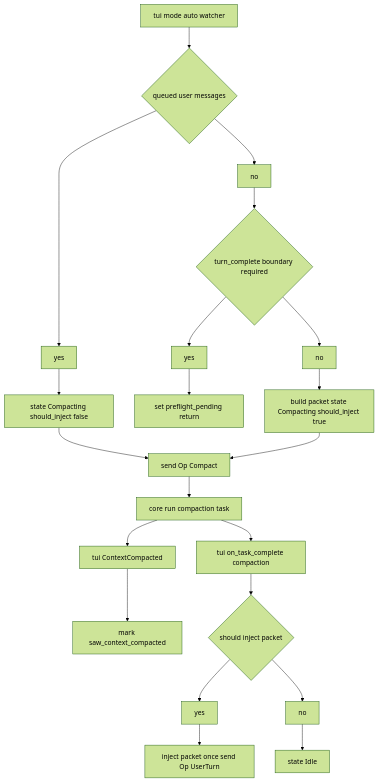
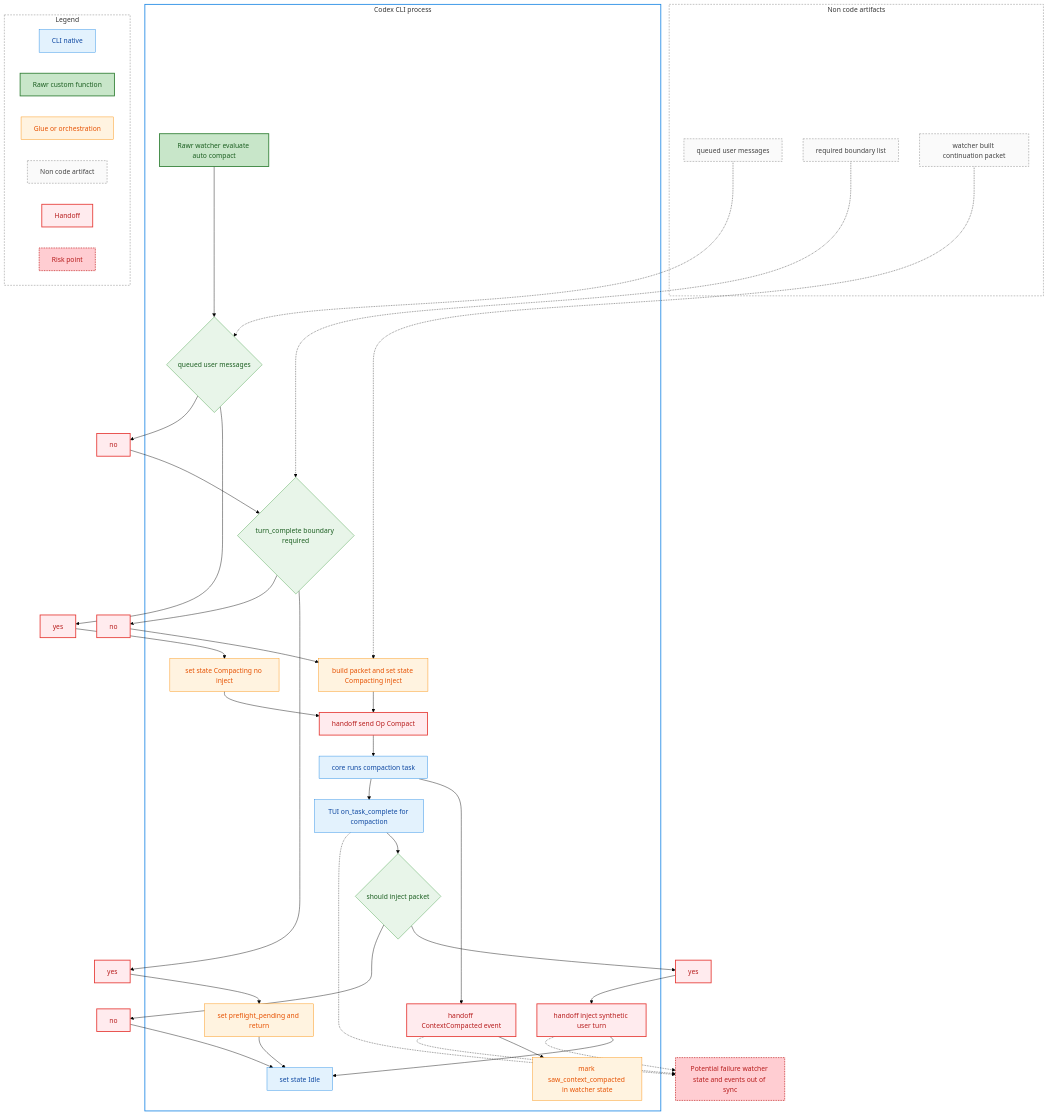
The fifth of 9 diagrams in rawr/issues/ISSUE-auto-compaction-handoff-workflow.md (rawr-ai/codex), drawn with Mermaid (forest theme) before and after one commit. The commit also changed other lines of this file, not shown here.

Commit message:
docs(rawr): annotate workflows with responsibilities

````diff
--- a/rawr/issues/ISSUE-auto-compaction-handoff-workflow.md
+++ b/rawr/issues/ISSUE-auto-compaction-handoff-workflow.md
@@ -221,23 +451,82 @@
 ```mermaid
 graph TD
-  A[tui mode auto watcher] --> B{queued user messages}
-  B --> B_yes[yes]
-  B_yes --> C[state Compacting should_inject false]
-  C --> D[send Op Compact]
-  B --> B_no[no]
-  B_no --> E{turn_complete boundary required}
-  E --> E_yes[yes]
-  E_yes --> F[set preflight_pending return]
-  E --> E_no[no]
-  E_no --> G[build packet state Compacting should_inject true]
-  G --> D
-  D --> H[core run compaction task]
-  H --> I[tui ContextCompacted]
-  I --> J[mark saw_context_compacted]
-  H --> K[tui on_task_complete compaction]
-  K --> L{should inject packet}
-  L --> L_yes[yes]
-  L_yes --> M[inject packet once send Op UserTurn]
-  L --> L_no[no]
-  L_no --> N[state Idle]
+  subgraph ART[Non code artifacts]
+    Q1[queued user messages]
+    CFG4[required boundary list]
+    PKT1[watcher built continuation packet]
+  end
+
+  subgraph CLI[Codex CLI process]
+    T1[Rawr watcher evaluate auto compact]
+    B{queued user messages}
+    S1[set state Compacting no inject]
+    E{turn_complete boundary required}
+    P1[set preflight_pending and return]
+    G[build packet and set state Compacting inject]
+    H1[handoff send Op Compact]
+
+    C1[core runs compaction task]
+    H2[handoff ContextCompacted event]
+    J[mark saw_context_compacted in watcher state]
+    K[TUI on_task_complete for compaction]
+    L{should inject packet}
+    H3[handoff inject synthetic user turn]
+    N[set state Idle]
+  end
+
+  Q1 -.-> B
+  CFG4 -.-> E
+  PKT1 -.-> G
+
+  T1 --> B
+  B --> B_yes[yes] --> S1 --> H1
+  B --> B_no[no] --> E
+  E --> E_yes[yes] --> P1 --> N
+  E --> E_no[no] --> G --> H1
+
+  H1 --> C1 --> H2 --> J
+  C1 --> K --> L
+  L --> L_yes[yes] --> H3 --> N
+  L --> L_no[no] --> N
+
+  R6[Potential failure watcher state and events out of sync]
+  H2 -.-> R6
+  K -.-> R6
+  H3 -.-> R6
+
+  subgraph Legend[Legend]
+    L1[CLI native]
+    L2[Rawr custom function]
+    L3[Glue or orchestration]
+    L4[Non code artifact]
+    L5[Handoff]
+    L6[Risk point]
+  end
+
+  classDef native fill:#E3F2FD,stroke:#1E88E5,color:#0D47A1;
+  classDef custom fill:#E8F5E9,stroke:#43A047,color:#1B5E20;
+  classDef customFn fill:#C8E6C9,stroke:#2E7D32,stroke-width:2px,color:#1B5E20;
+  classDef glue fill:#FFF3E0,stroke:#FB8C00,color:#E65100;
+  classDef artifact fill:#FAFAFA,stroke:#757575,stroke-dasharray:4 3,color:#424242;
+  classDef handoff fill:#FFEBEE,stroke:#E53935,stroke-width:2px,color:#B71C1C;
+  classDef risk fill:#FFCDD2,stroke:#C62828,stroke-width:2px,stroke-dasharray:2 2,color:#B71C1C;
+
+  class Q1,CFG4,PKT1 artifact;
+  class T1 customFn;
+  class B,E,L custom;
+  class S1,G,P1,J glue;
+  class C1,K,N native;
+  class H1,H2,H3,B_yes,B_no,E_yes,E_no,L_yes,L_no handoff;
+  class R6 risk;
+
+  class L1 native;
+  class L2 customFn;
+  class L3 glue;
+  class L4 artifact;
+  class L5 handoff;
+  class L6 risk;
+
+  style CLI fill:#ffffff,stroke:#1E88E5,stroke-width:2px;
+  style ART fill:#ffffff,stroke:#757575,stroke-width:1px,stroke-dasharray:4 3;
+  style Legend fill:#ffffff,stroke:#757575,stroke-width:1px,stroke-dasharray:4 3;
 ```
````
